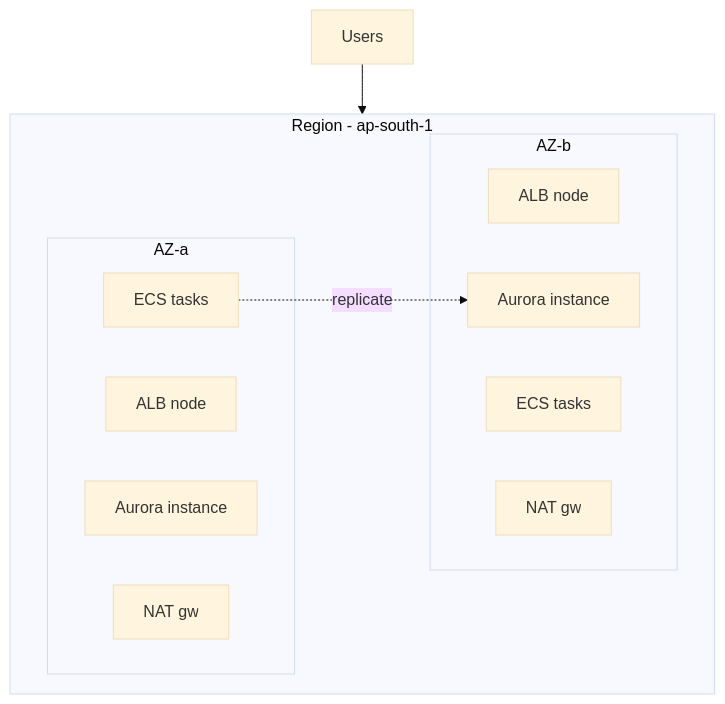
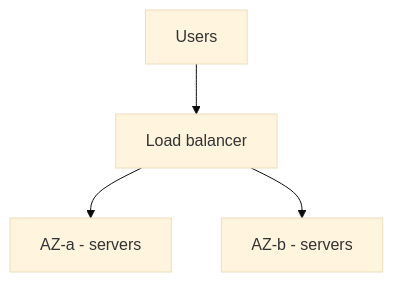
The first of 2 diagrams in docs/04-availability-zones.md (AnkitTiwari643/infrastructure-thinking), drawn with Mermaid (base theme) before and after one commit. The commit also changed other lines of this file and 5 other files, not shown here.

Commit message:
feat: basics-to-architect rewrite (01-04) + database backup strategy guide

````diff
--- a/docs/04-availability-zones.md
+++ b/docs/04-availability-zones.md
@@ -5,19 +7,6 @@
 ```mermaid
 flowchart TB
-    subgraph Region[Region - ap-south-1]
-        subgraph AZa[AZ-a]
-            ALBa[ALB node]
-            Ea[ECS tasks]
-            Da[Aurora instance]
-            Na[NAT gw]
-        end
-        subgraph AZb[AZ-b]
-            ALBb[ALB node]
-            Eb[ECS tasks]
-            Db[Aurora instance]
-            Nb[NAT gw]
-        end
-    end
-    U[Users] --> Region
-    Ea -.->|replicate| Db
+    U[Users] --> LB[Load balancer]
+    LB --> A[AZ-a - servers]
+    LB --> B[AZ-b - servers]
 ```
````
